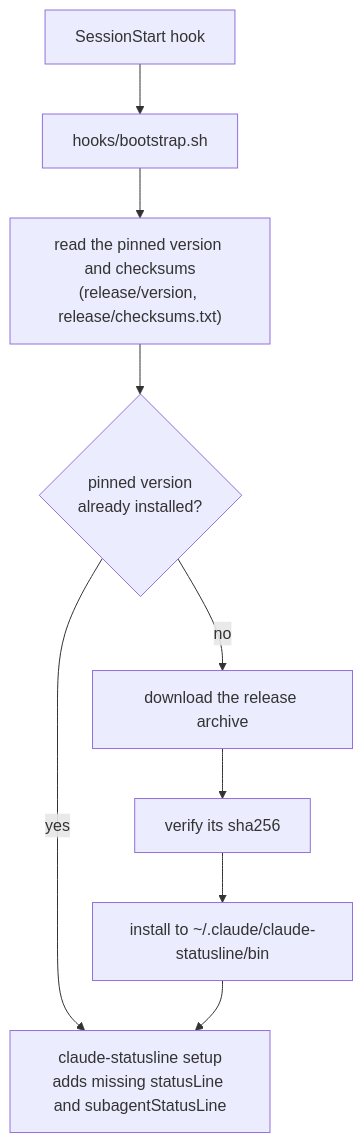
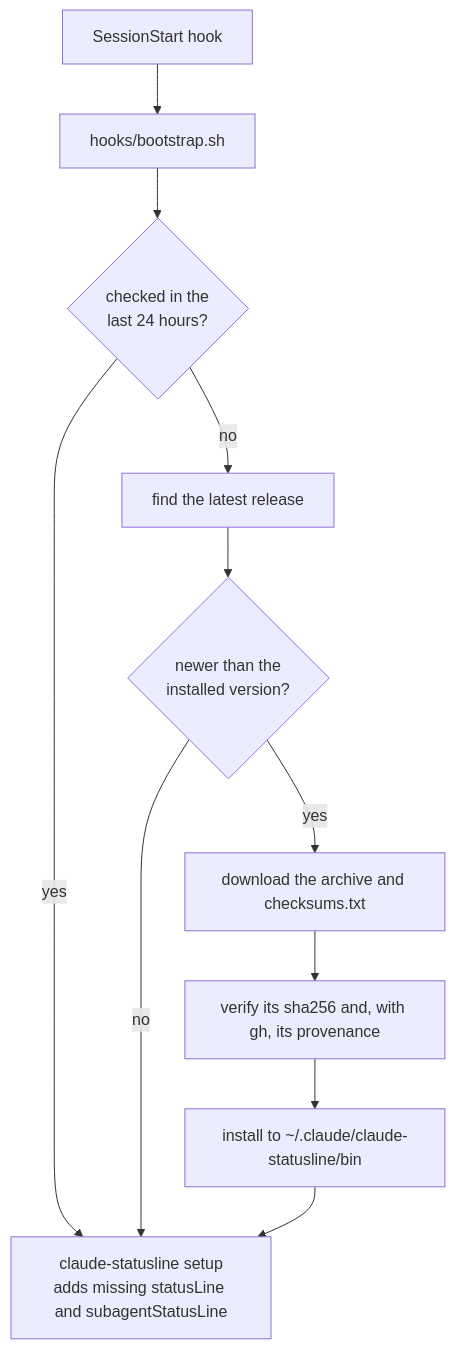
Before and after one commit to PaddleHQ/claude-statusline: the second of 2 diagrams in README.md, drawn with Mermaid. The commit also changed other lines of this file and 10 other files, not shown here.

Commit message:
Install the latest verified release instead of a pinned one

````diff
--- a/README.md
+++ b/README.md
@@ -32,11 +32,13 @@
 ```mermaid
 flowchart TD
     SS["SessionStart hook"] --> BS["hooks/bootstrap.sh"]
-    BS --> PIN["read the pinned version and checksums<br/>(release/version, release/checksums.txt)"]
-    PIN --> CUR{"pinned version<br/>already installed?"}
-    CUR -->|"yes"| SETUP
-    CUR -->|"no"| DL["download the release archive"]
-    DL --> VER["verify its sha256"]
+    BS --> DUE{"checked in the<br/>last 24 hours?"}
+    DUE -->|"yes"| SETUP
+    DUE -->|"no"| LATEST["find the latest release"]
+    LATEST --> NEW{"newer than the<br/>installed version?"}
+    NEW -->|"no"| SETUP
+    NEW -->|"yes"| DL["download the archive and checksums.txt"]
+    DL --> VER["verify its sha256 and, with gh, its provenance"]
     VER --> INST["install to ~/.claude/claude-statusline/bin"]
     INST --> SETUP["claude-statusline setup<br/>adds missing statusLine and subagentStatusLine"]
 ```
````
